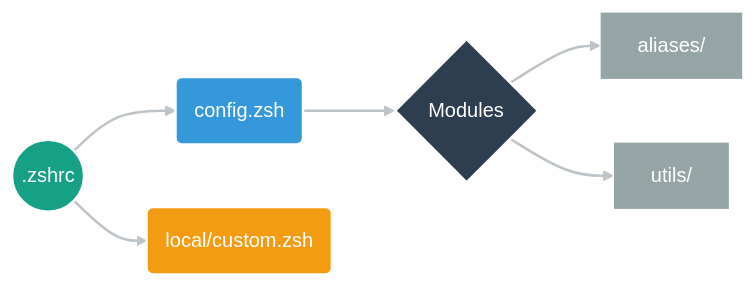
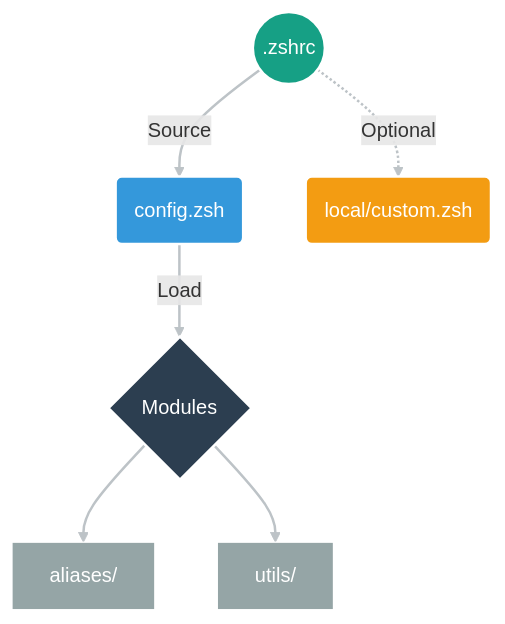
The first of 2 diagrams in README.md (yanix2445/zsh-boost), drawn with Mermaid before and after one commit. The commit also changed other lines of this file, not shown here.

Commit message:
docs: improve architecture section layout

````diff
--- a/README.md
+++ b/README.md
@@ -63,30 +71,30 @@
 ```mermaid
-flowchart LR
+flowchart TD
     %% Nodes
     Main((".zshrc"))
     Config("config.zsh")
     Modules{"Modules"}
     Local("local/custom.zsh")
     
     Aliases["aliases/"]
     Utils["utils/"]
 
     %% Flow
-    Main --> Config
-    Config --> Modules
-    Main --> Local
+    Main -->|Source| Config
+    Config -->|Load| Modules
+    Main -.->|Optional| Local
     
     Modules --> Aliases
     Modules --> Utils
 
     %% Styles
     style Main fill:#16a085,stroke:#fff,color:#fff,stroke-width:2px
     style Config fill:#3498db,stroke:#fff,color:#fff,stroke-width:2px
     style Local fill:#f39c12,stroke:#fff,color:#fff,stroke-width:2px
     style Modules fill:#2c3e50,stroke:#fff,color:#fff,stroke-width:2px
     
     style Aliases fill:#95a5a6,stroke:#fff,color:#fff,stroke-width:1px
     style Utils fill:#95a5a6,stroke:#fff,color:#fff,stroke-width:1px
 
     linkStyle default stroke:#bdc3c7,stroke-width:2px
 ```
````
